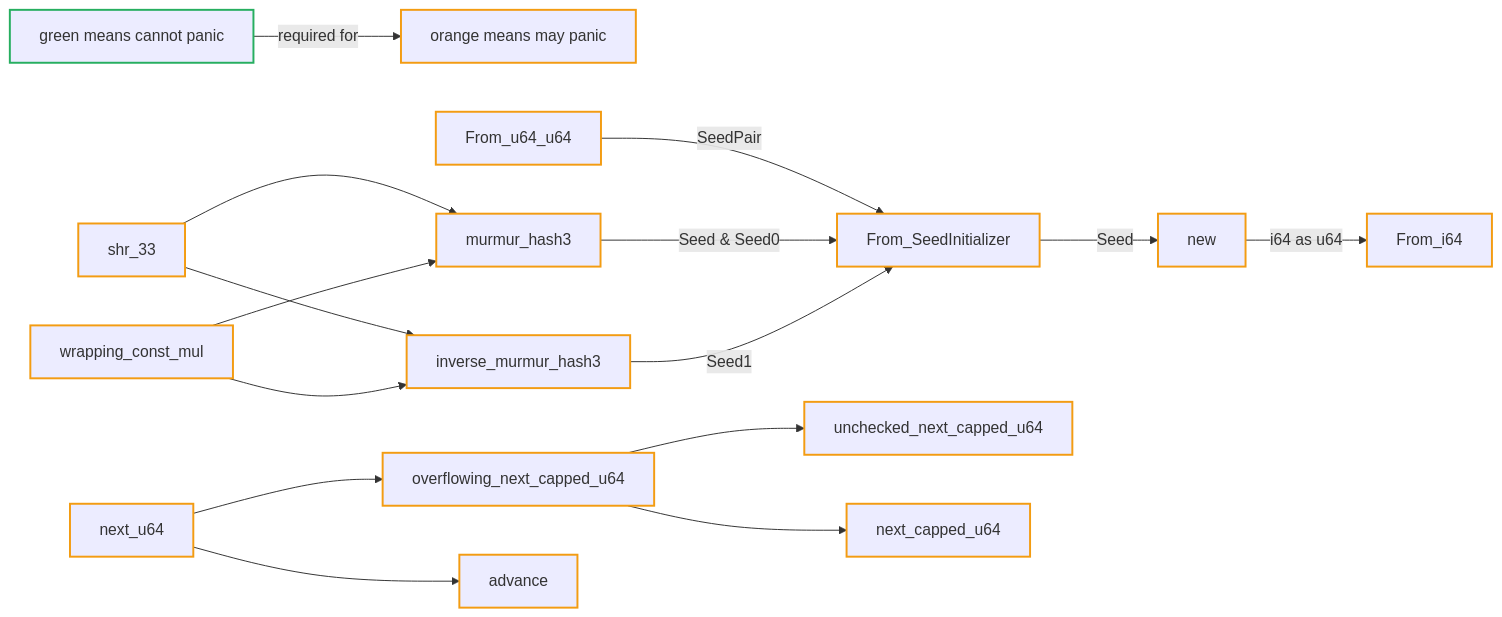
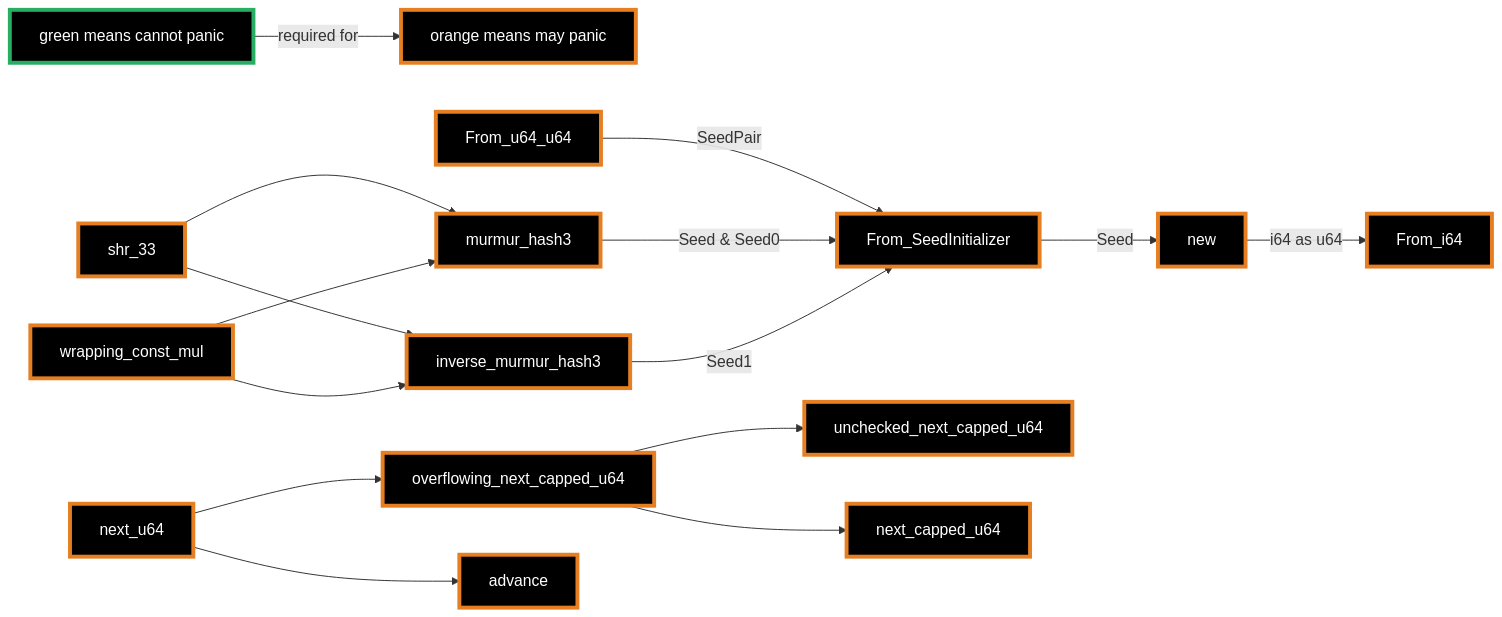
Before and after one commit to ariasanovsky/libgdx-xs128: the diagram in README.md, drawn with Mermaid.

Commit message:
markdown visibility hotfix

````diff
--- a/README.md
+++ b/README.md
@@ -19,43 +19,44 @@
 ```mermaid
 graph LR;
     
-    classDef Complete stroke:#27ae60,stroke-width:2px;
-    classDef Incomplete stroke:#f39c12,stroke-width:2px;
+classDef Complete fill:#000, stroke:#27ae60, stroke-width:4px, color:#fff;
+classDef Incomplete fill:#000, stroke:#e67e22, stroke-width:4px, color:#fff;
+
 
     Green[green means cannot panic]:::Complete --required for--> Orange[orange means may panic]:::Incomplete;
     
     From_u64_u64:::Incomplete;
     new:::Incomplete;
     From_SeedInitializer:::Incomplete;
     murmur_hash3:::Incomplete;
     inverse_murmur_hash3:::Incomplete;
     shr_33:::Incomplete;
     wrapping_const_mul:::Incomplete;
     From_i64:::Incomplete;
 
     new --i64 as u64--> From_i64;
     From_SeedInitializer --Seed--> new;
 
     From_u64_u64 --SeedPair--> From_SeedInitializer;
     
     murmur_hash3 --Seed & Seed0--> From_SeedInitializer;
     inverse_murmur_hash3 --Seed1--> From_SeedInitializer;
 
 
     shr_33 --> murmur_hash3;
     shr_33 --> inverse_murmur_hash3;
     
     wrapping_const_mul --> murmur_hash3;
     wrapping_const_mul --> inverse_murmur_hash3;
 
     next_u64:::Incomplete;
     overflowing_next_capped_u64:::Incomplete;
     advance:::Incomplete;
     unchecked_next_capped_u64:::Incomplete;
     next_capped_u64:::Incomplete;
 
     next_u64 --> overflowing_next_capped_u64;
     next_u64 --> advance;
     overflowing_next_capped_u64 --> unchecked_next_capped_u64;
     overflowing_next_capped_u64 --> next_capped_u64;
 ```
````
